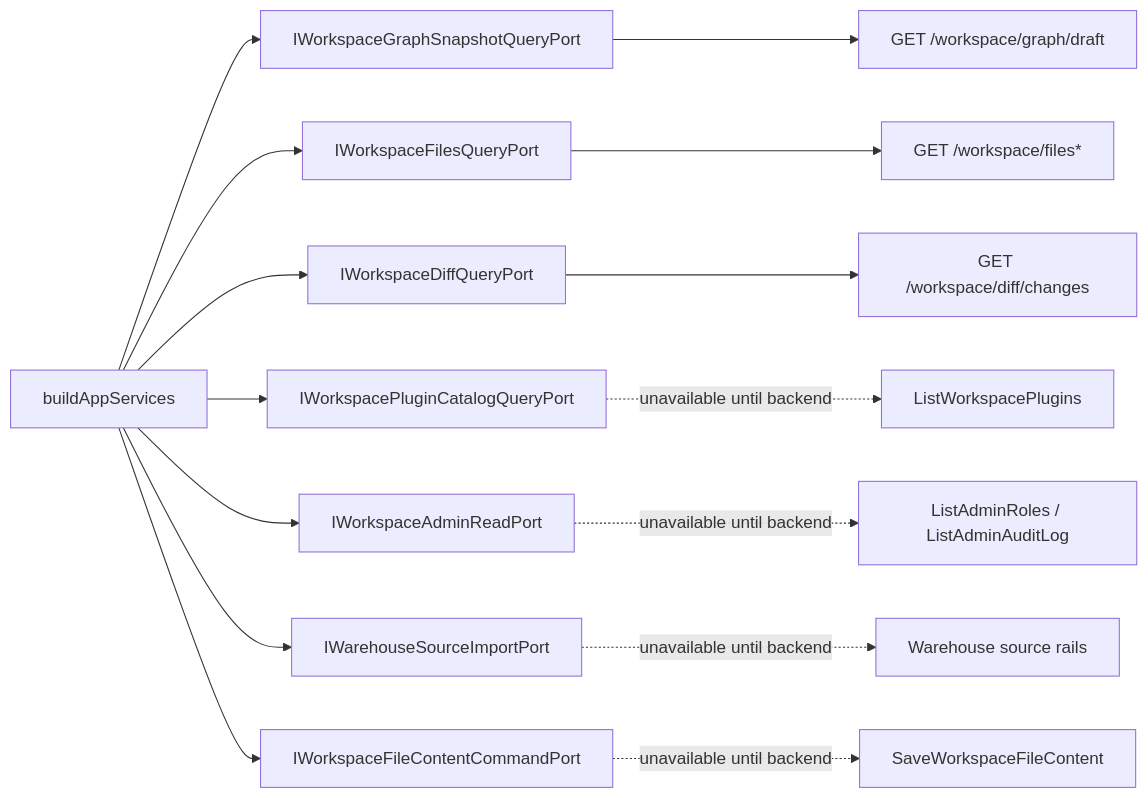
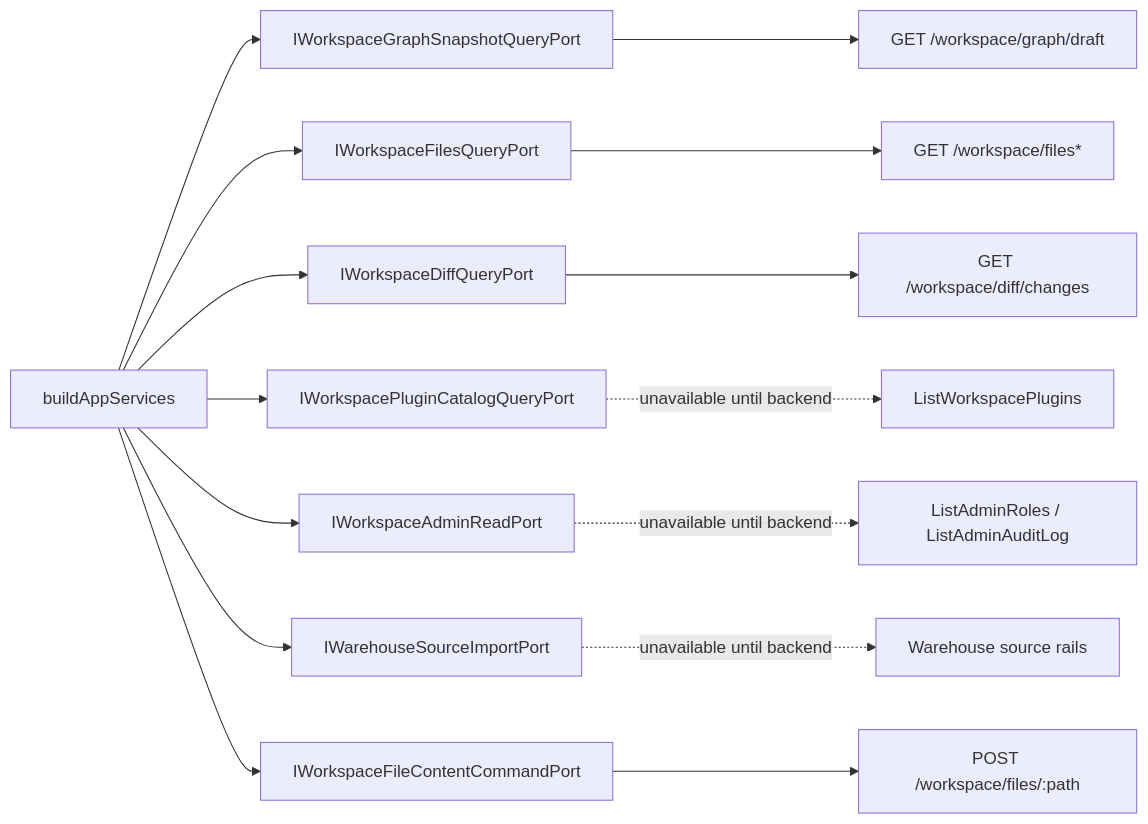
The second of 3 diagrams in docs/architecture/components/web/workspace/workspace-port-decomposition-component.md (dunay2/dvt), drawn with Mermaid before and after one commit. The commit also changed other lines of this file and 32 other files, not shown here.

Commit message:
feat(api): Add workspace file save rail

````diff
--- a/docs/architecture/components/web/workspace/workspace-port-decomposition-component.md
+++ b/docs/architecture/components/web/workspace/workspace-port-decomposition-component.md
@@ -77,27 +77,27 @@
 ```mermaid
 flowchart LR
   Composition["buildAppServices"]
   Graph["IWorkspaceGraphSnapshotQueryPort"]
   Files["IWorkspaceFilesQueryPort"]
   Diff["IWorkspaceDiffQueryPort"]
   Plugins["IWorkspacePluginCatalogQueryPort"]
   Admin["IWorkspaceAdminReadPort"]
   Import["IWarehouseSourceImportPort"]
   FileWrite["IWorkspaceFileContentCommandPort"]
 
   Composition --> Graph
   Composition --> Files
   Composition --> Diff
   Composition --> Plugins
   Composition --> Admin
   Composition --> Import
   Composition --> FileWrite
 
   Graph --> GraphRoute["GET /workspace/graph/draft"]
   Files --> FileRoutes["GET /workspace/files*"]
   Diff --> DiffRail["GET /workspace/diff/changes"]
   Plugins -. unavailable until backend .-> PluginRail["ListWorkspacePlugins"]
   Admin -. unavailable until backend .-> AdminRails["ListAdminRoles / ListAdminAuditLog"]
   Import -. unavailable until backend .-> ImportRails["Warehouse source rails"]
-  FileWrite -. unavailable until backend .-> WriteRail["SaveWorkspaceFileContent"]
+  FileWrite --> WriteRail["POST /workspace/files/:path"]
 ```
````
